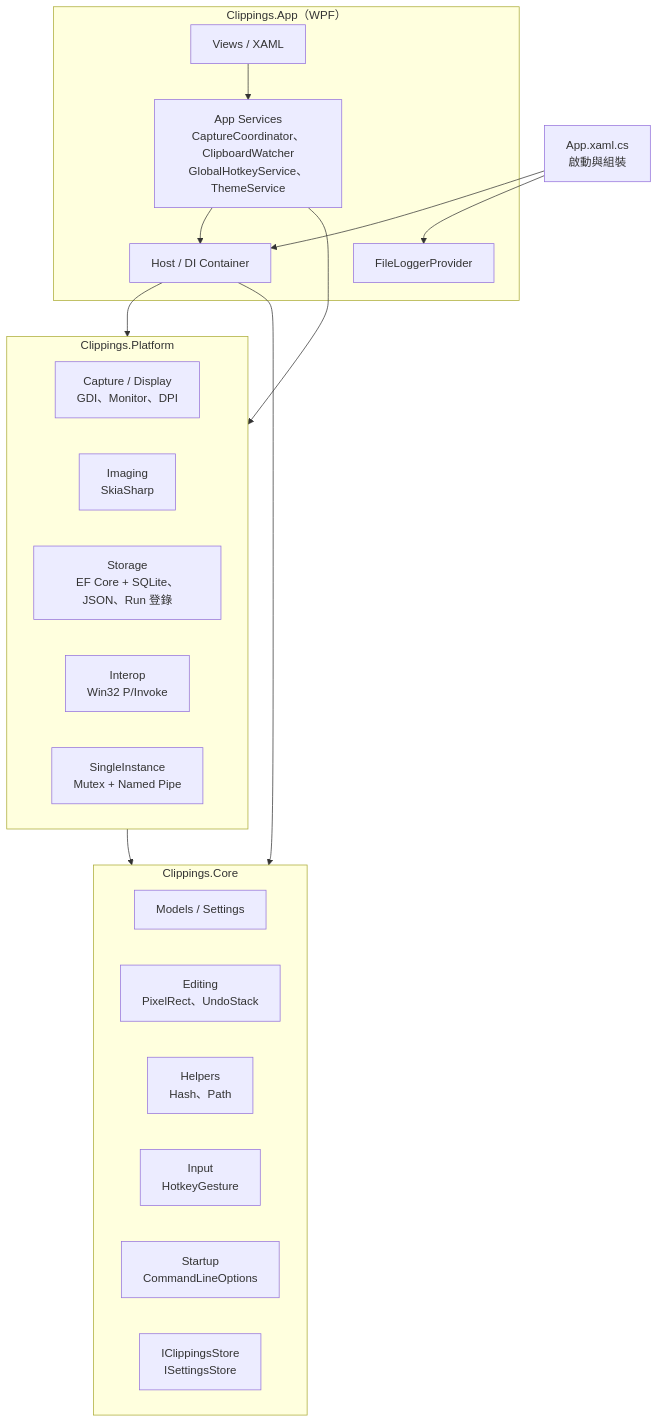
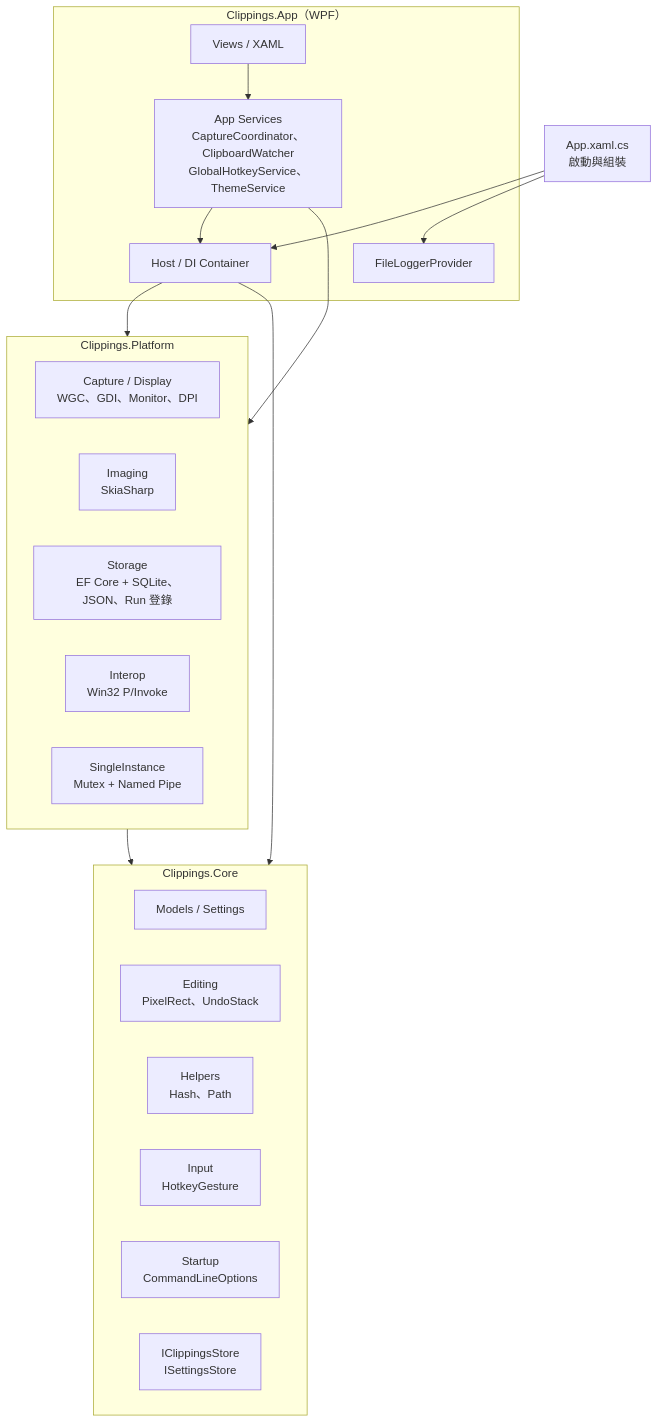
The first of 8 diagrams in docs/ARCHITECTURE.md (mark216tw/win-clippings-01), drawn with Mermaid before and after one commit. The commit also changed other lines of this file and 64 other files, not shown here.

````diff
--- a/docs/ARCHITECTURE.md
+++ b/docs/ARCHITECTURE.md
@@ -19,35 +19,35 @@
 ```mermaid
 flowchart TB
     subgraph App["Clippings.App（WPF）"]
         UI["Views / XAML"]
         SVC["App Services<br/>CaptureCoordinator、ClipboardWatcher<br/>GlobalHotkeyService、ThemeService"]
         DI["Host / DI Container"]
         LOG["FileLoggerProvider"]
     end
 
     subgraph Platform["Clippings.Platform"]
-        CAP["Capture / Display<br/>GDI、Monitor、DPI"]
+        CAP["Capture / Display<br/>WGC、GDI、Monitor、DPI"]
         IMG["Imaging<br/>SkiaSharp"]
         STORE["Storage<br/>EF Core + SQLite、JSON、Run 登錄"]
         INT["Interop<br/>Win32 P/Invoke"]
         SI["SingleInstance<br/>Mutex + Named Pipe"]
     end
 
     subgraph Core["Clippings.Core"]
         MODEL["Models / Settings"]
         EDIT["Editing<br/>PixelRect、UndoStack"]
         HELP["Helpers<br/>Hash、Path"]
         INPUT["Input<br/>HotkeyGesture"]
         START["Startup<br/>CommandLineOptions"]
         ISTORE["IClippingsStore<br/>ISettingsStore"]
     end
 
     UI --> SVC
     SVC --> DI
     SVC --> Platform
     DI --> Platform
     DI --> Core
     Platform --> Core
     APPX["App.xaml.cs<br/>啟動與組裝"] --> DI
     APPX --> LOG
 ```
````
